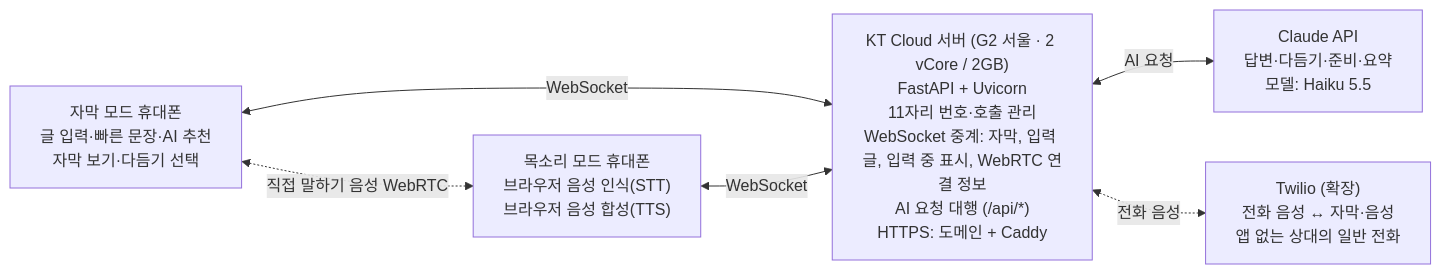
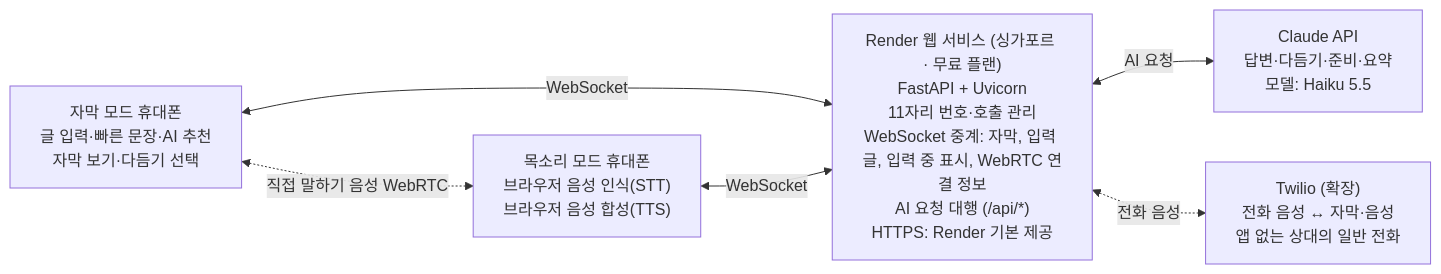
The first of 2 diagrams in docs/SP2_MVP_구현계획.md (junie03/geulsori), drawn with Mermaid before and after one commit. The commit also changed other lines of this file and 3 other files, not shown here.

First line of the commit message:
배포를 Render로 변경: render.yaml 추가, 문서의 KT Cloud 배포 내용을 Render로 수정

````diff
--- a/docs/SP2_MVP_구현계획.md
+++ b/docs/SP2_MVP_구현계획.md
@@ -42,13 +42,13 @@
 ```mermaid
 flowchart LR
     A["자막 모드 휴대폰<br/>글 입력·빠른 문장·AI 추천<br/>자막 보기·다듬기 선택"]
     B["목소리 모드 휴대폰<br/>브라우저 음성 인식(STT)<br/>브라우저 음성 합성(TTS)"]
-    S["KT Cloud 서버 (G2 서울 · 2 vCore / 2GB)<br/>FastAPI + Uvicorn<br/>11자리 번호·호출 관리<br/>WebSocket 중계: 자막, 입력 글, 입력 중 표시, WebRTC 연결 정보<br/>AI 요청 대행 (/api/*)<br/>HTTPS: 도메인 + Caddy"]
+    S["Render 웹 서비스 (싱가포르 · 무료 플랜)<br/>FastAPI + Uvicorn<br/>11자리 번호·호출 관리<br/>WebSocket 중계: 자막, 입력 글, 입력 중 표시, WebRTC 연결 정보<br/>AI 요청 대행 (/api/*)<br/>HTTPS: Render 기본 제공"]
     C["Claude API<br/>답변·다듬기·준비·요약<br/>모델: Haiku 5.5"]
     T["Twilio (확장)<br/>전화 음성 ↔ 자막·음성<br/>앱 없는 상대의 일반 전화"]
     A <-->|WebSocket| S
     B <-->|WebSocket| S
     A <-.->|직접 말하기 음성 WebRTC| B
     S <-->|AI 요청| C
     S <-.->|전화 음성| T
 ```
````
